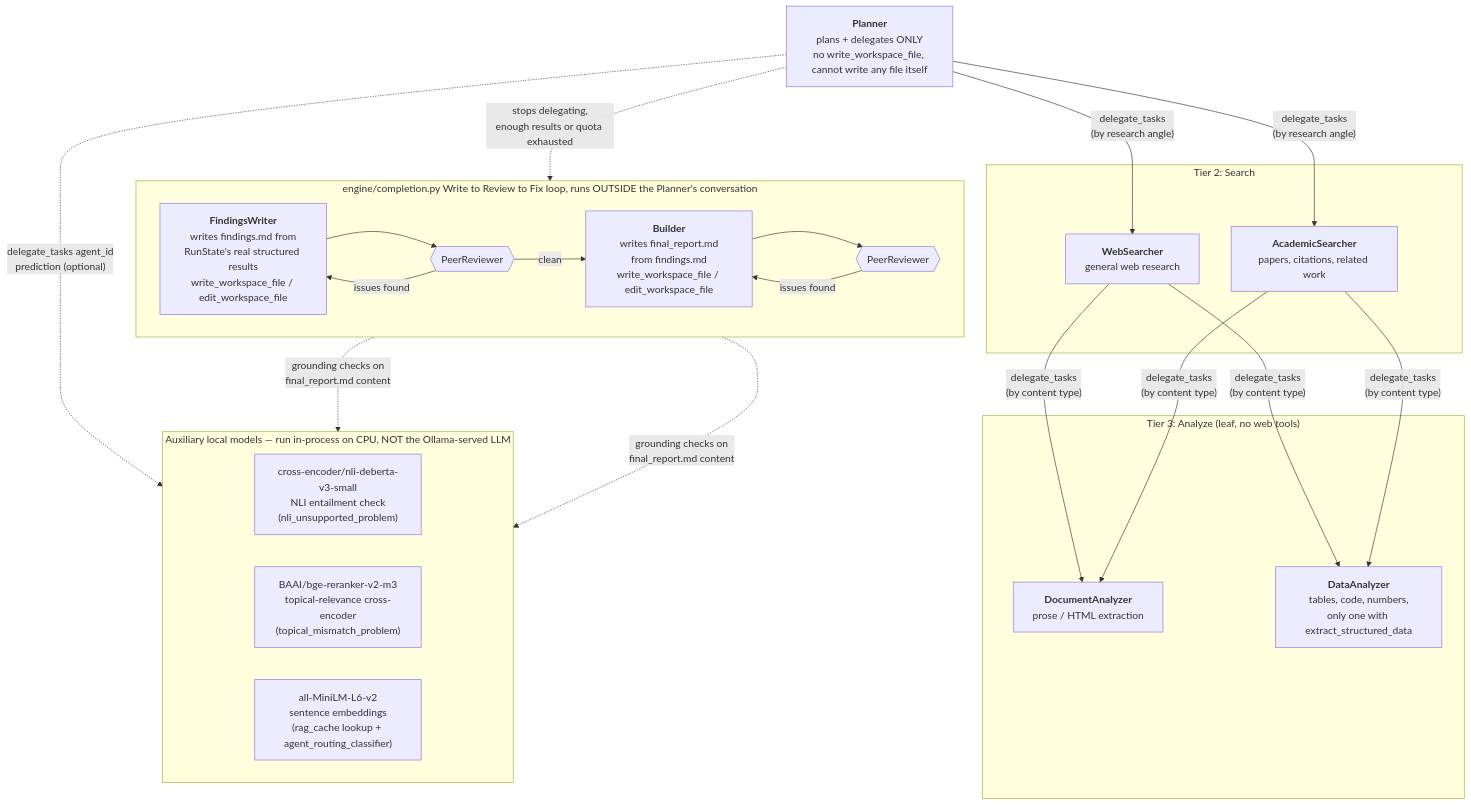
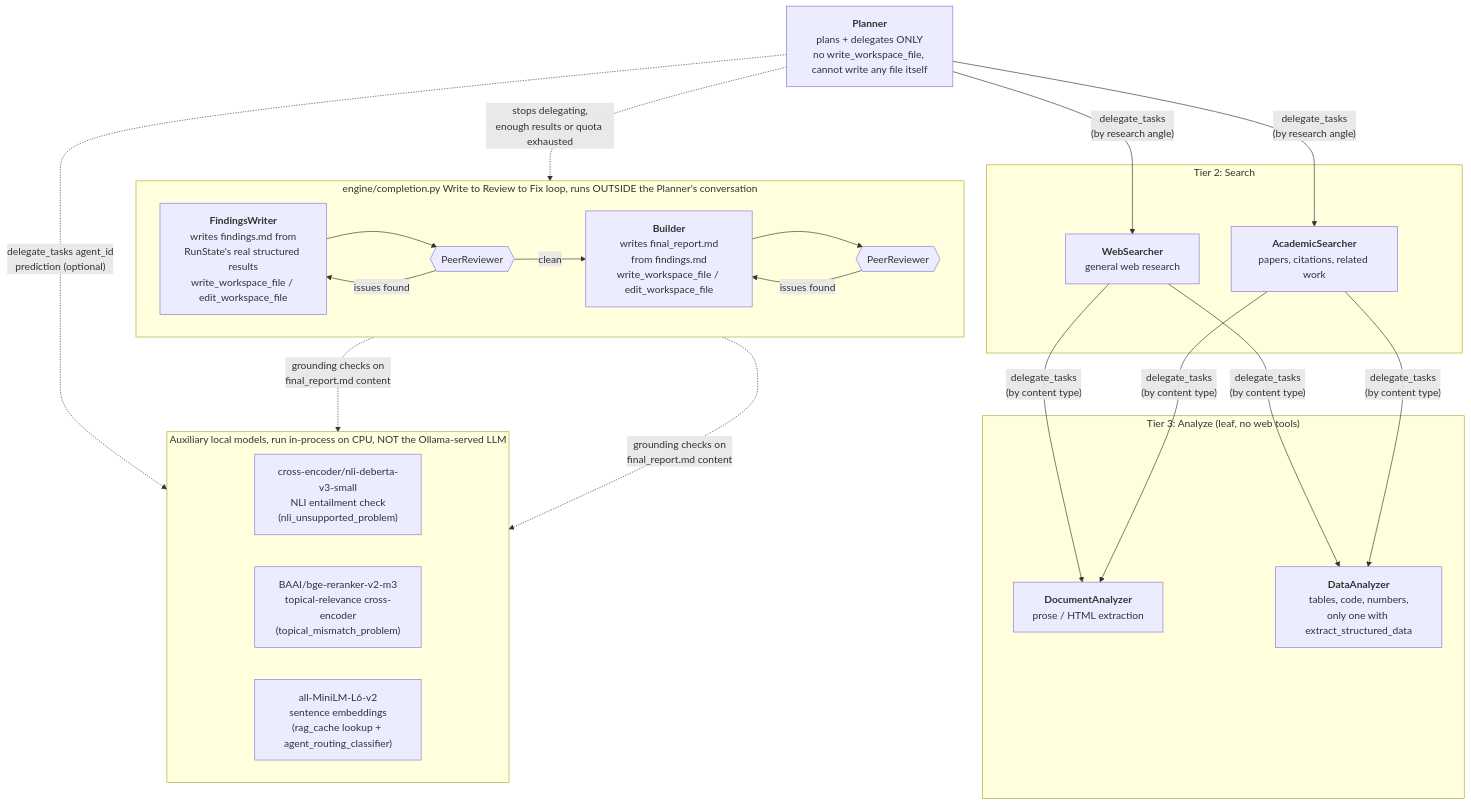
Before and after one commit to g0elles/deepdelve: the diagram in README.md, drawn with Mermaid. The commit also changed other lines of this file, not shown here.

First line of the commit message:
Cut README density: shorter bullets, defer exhaustive detail to ARCHITECTURE.md/wiki

````diff
--- a/README.md
+++ b/README.md
@@ -9,43 +14,43 @@
 ```mermaid
 flowchart TD
     Planner["<b>Planner</b><br/>plans + delegates ONLY<br/>no write_workspace_file, cannot write any file itself"]
 
     subgraph Tier2 ["Tier 2: Search"]
         WebSearcher["<b>WebSearcher</b><br/>general web research"]
         AcademicSearcher["<b>AcademicSearcher</b><br/>papers, citations, related work"]
     end
 
     subgraph Tier3 ["Tier 3: Analyze (leaf, no web tools)"]
         DocumentAnalyzer["<b>DocumentAnalyzer</b><br/>prose / HTML extraction"]
         DataAnalyzer["<b>DataAnalyzer</b><br/>tables, code, numbers,<br/>only one with extract_structured_data"]
     end
 
     Planner -- "delegate_tasks<br/>(by research angle)" --> WebSearcher
     Planner -- "delegate_tasks<br/>(by research angle)" --> AcademicSearcher
     WebSearcher -- "delegate_tasks<br/>(by content type)" --> DocumentAnalyzer
     WebSearcher -- "delegate_tasks<br/>(by content type)" --> DataAnalyzer
     AcademicSearcher -- "delegate_tasks<br/>(by content type)" --> DocumentAnalyzer
     AcademicSearcher -- "delegate_tasks<br/>(by content type)" --> DataAnalyzer
 
     Planner -. "stops delegating,<br/>enough results or quota exhausted" .-> FW
 
     subgraph WRF ["engine/completion.py Write to Review to Fix loop, runs OUTSIDE the Planner's conversation"]
         direction LR
         FW["<b>FindingsWriter</b><br/>writes findings.md from<br/>RunState's real structured results<br/>write_workspace_file / edit_workspace_file"] --> PR1{{PeerReviewer}}
         PR1 -- issues found --> FW
         PR1 -- clean --> BU["<b>Builder</b><br/>writes final_report.md<br/>from findings.md<br/>write_workspace_file / edit_workspace_file"]
         BU --> PR2{{PeerReviewer}}
         PR2 -- issues found --> BU
     end
 
-    subgraph AUX ["Auxiliary local models — run in-process on CPU, NOT the Ollama-served LLM"]
+    subgraph AUX ["Auxiliary local models, run in-process on CPU, NOT the Ollama-served LLM"]
         direction LR
         NLI["cross-encoder/nli-deberta-v3-small<br/>NLI entailment check<br/>(nli_unsupported_problem)"]
         RERANK["BAAI/bge-reranker-v2-m3<br/>topical-relevance cross-encoder<br/>(topical_mismatch_problem)"]
         EMBED["all-MiniLM-L6-v2<br/>sentence embeddings<br/>(rag_cache lookup + agent_routing_classifier)"]
     end
 
     WRF -. "grounding checks on<br/>final_report.md content" .-> NLI
     WRF -. "grounding checks on<br/>final_report.md content" .-> RERANK
     Planner -. "delegate_tasks agent_id<br/>prediction (optional)" .-> EMBED
 ```
````
